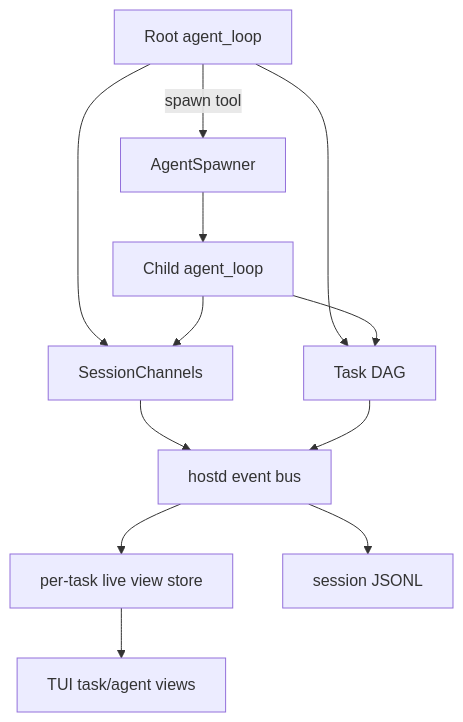
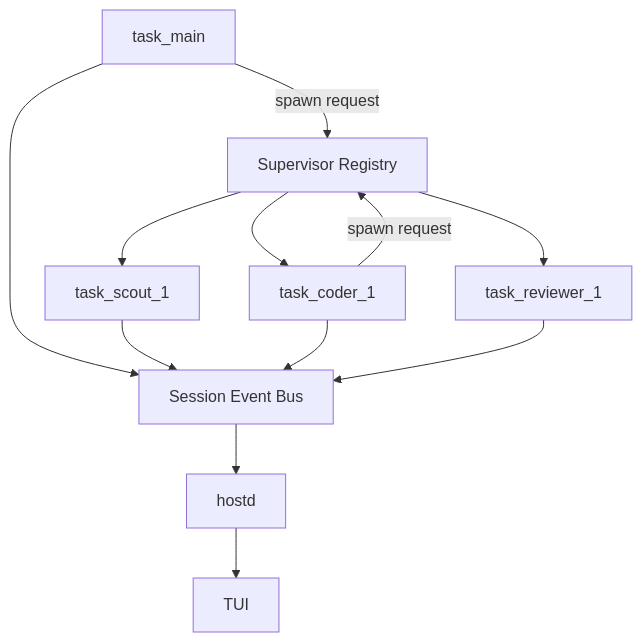
Before and after one commit to biuld/piko: the diagram in docs/stream-architecture.md, drawn with Mermaid. The commit also changed other lines of this file and 33 other files, not shown here.

First line of the commit message:
refactor(orchd): modularize dispatch and tool execution architecture

````diff
--- a/docs/stream-architecture.md
+++ b/docs/stream-architecture.md
@@ -212,24 +444,24 @@
 ```mermaid
 graph TD
-  ROOT[Root agent_loop]
-  CHILD[Child agent_loop]
-  SPAWNER[AgentSpawner]
-  DAG[Task DAG]
-  CHANNELS[SessionChannels]
-  HOSTD[hostd event bus]
-  VIEWS[per-task live view store]
-  TUI[TUI task/agent views]
-  JSONL[session JSONL]
+  SUP[Supervisor Registry]
+  ROOT[task_main]
+  CHILD1[task_scout_1]
+  CHILD2[task_coder_1]
+  GRAND[task_reviewer_1]
+  CHANNELS[Session Event Bus]
+  HOSTD[hostd]
+  TUI[TUI]
 
-  ROOT -->|spawn tool| SPAWNER
-  SPAWNER --> CHILD
+  ROOT -->|spawn request| SUP
+  CHILD2 -->|spawn request| SUP
+  SUP --> CHILD1
+  SUP --> CHILD2
+  SUP --> GRAND
+
   ROOT --> CHANNELS
-  CHILD --> CHANNELS
-  ROOT --> DAG
-  CHILD --> DAG
-  CHANNELS --> HOSTD
-  DAG --> HOSTD
-  HOSTD --> VIEWS
-  HOSTD --> JSONL
-  VIEWS --> TUI
+  CHILD1 --> CHANNELS
+  CHILD2 --> CHANNELS
+  GRAND --> CHANNELS
+
+  CHANNELS --> HOSTD --> TUI
 ```
````
